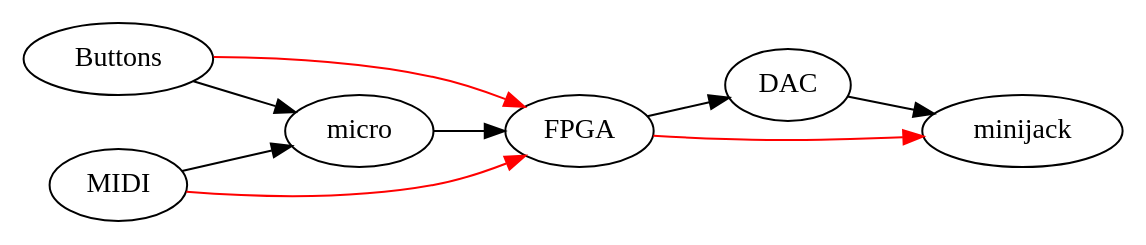
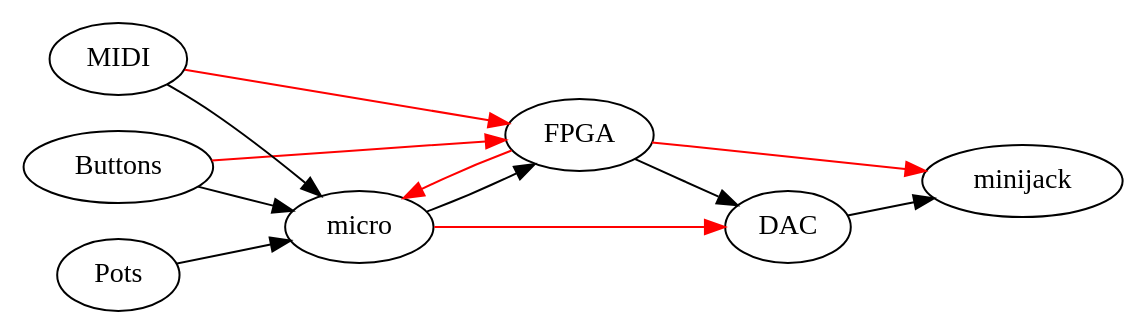
One commit to TDT4295-2019-groupA/planning changed the diagram in pcb_lite.dot. Above: the diagram before and after it, drawn with Graphviz. The commit also changed 2 other files, not shown here.

Commit message:
Tweak pcb overview graph

```diff
--- a/pcb_lite.dot
+++ b/pcb_lite.dot
@@ -1,9 +1,13 @@
 digraph asd {
     rankdir=LR;
-    Buttons -> micro -> FPGA -> DAC -> minijack
+    Buttons -> micro
+    Pots -> micro
     MIDI -> micro
+    micro -> FPGA -> DAC -> minijack
 
     edge [color=red]
     Buttons -> FPGA -> minijack
     MIDI -> FPGA
+    micro -> DAC
+    FPGA -> micro
 }
```
